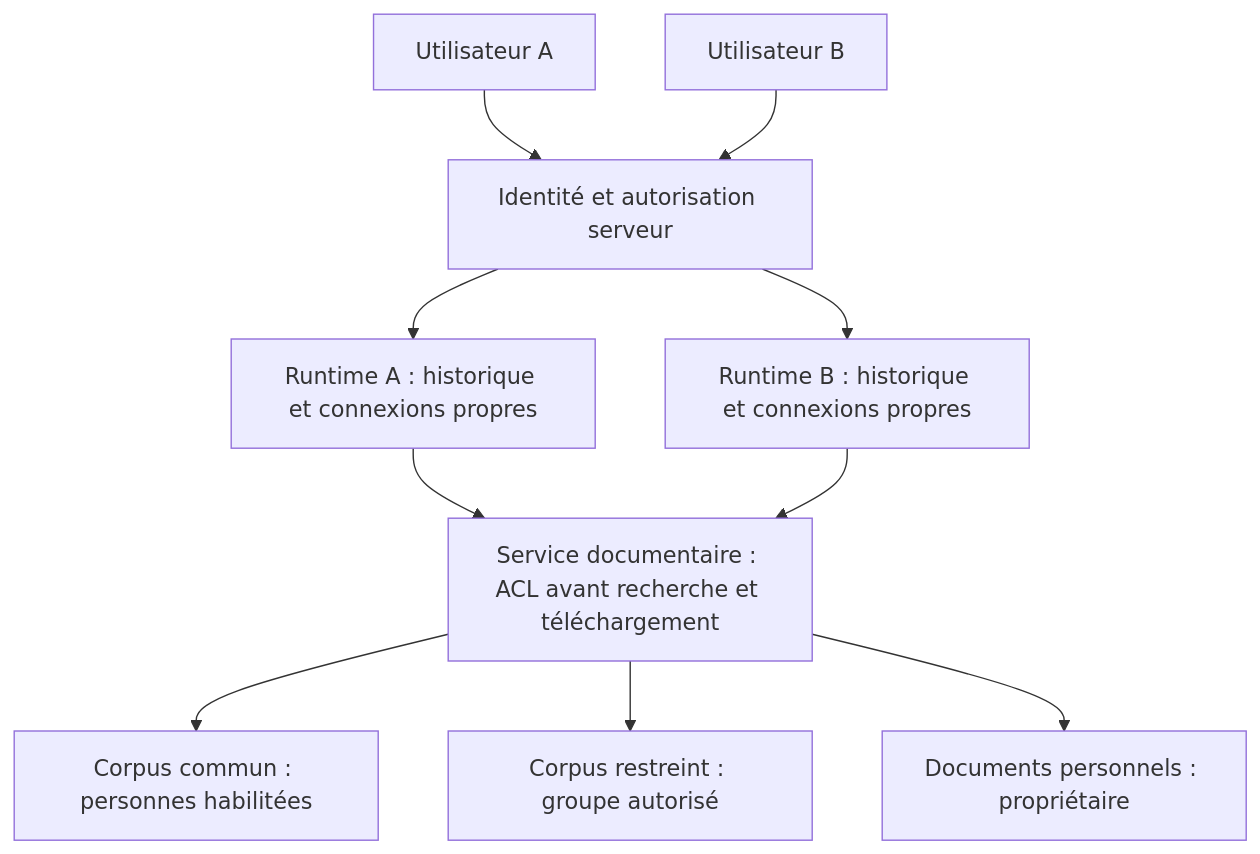
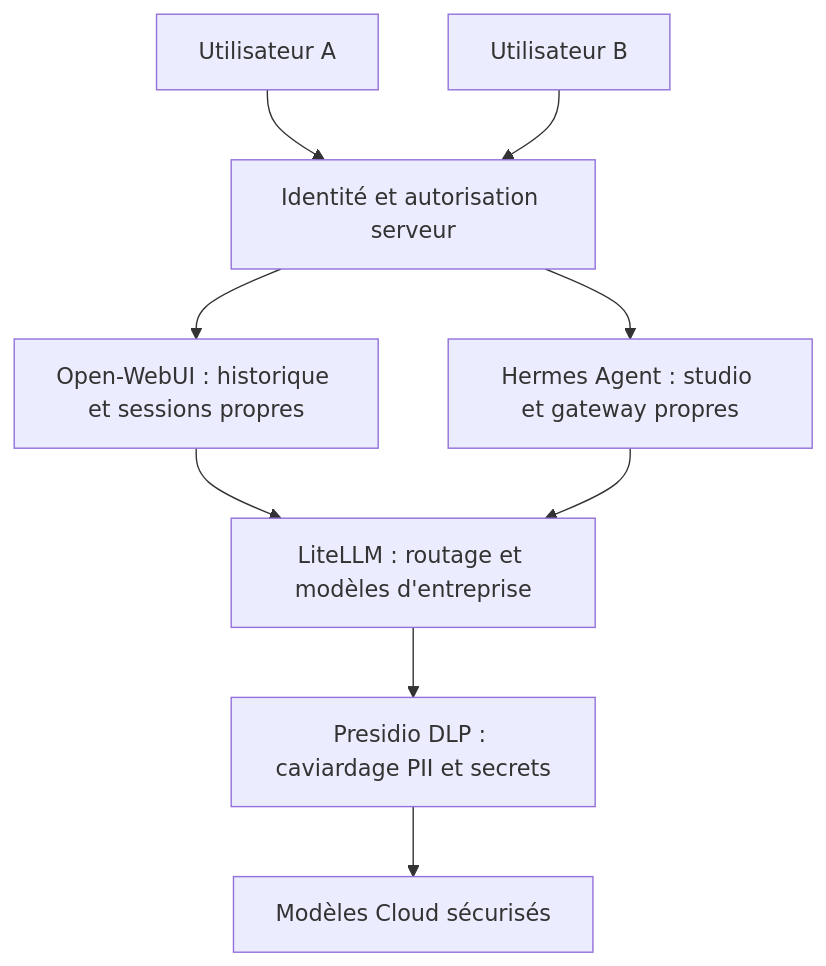
Before and after one commit to nicolastheuil/ArcIA: the fourth of 5 diagrams in docs/schemas-plateforme-hermes.md, drawn with Mermaid. The commit also changed other lines of this file and 36 other files, not shown here.

````diff
--- a/docs/schemas-plateforme-hermes.md
+++ b/docs/schemas-plateforme-hermes.md
@@ -77,12 +74,11 @@
 ```mermaid
 flowchart TB
   UA[Utilisateur A] --> IAM[Identité et autorisation serveur]
   UB[Utilisateur B] --> IAM
-  IAM --> RA[Runtime A : historique et connexions propres]
-  IAM --> RB[Runtime B : historique et connexions propres]
-  RA --> KB[Service documentaire : ACL avant recherche et téléchargement]
+  IAM --> RA[Open-WebUI : historique et sessions propres]
+  IAM --> RB[Hermes Agent : studio et gateway propres]
+  RA --> KB[LiteLLM : routage et modèles d'entreprise]
   RB --> KB
-  KB --> COMMUN[Corpus commun : personnes habilitées]
-  KB --> GROUPE[Corpus restreint : groupe autorisé]
-  KB --> PERSO[Documents personnels : propriétaire]
+  KB --> DLP[Presidio DLP : caviardage PII et secrets]
+  DLP --> CLOUD[Modèles Cloud sécurisés]
 ```
````
